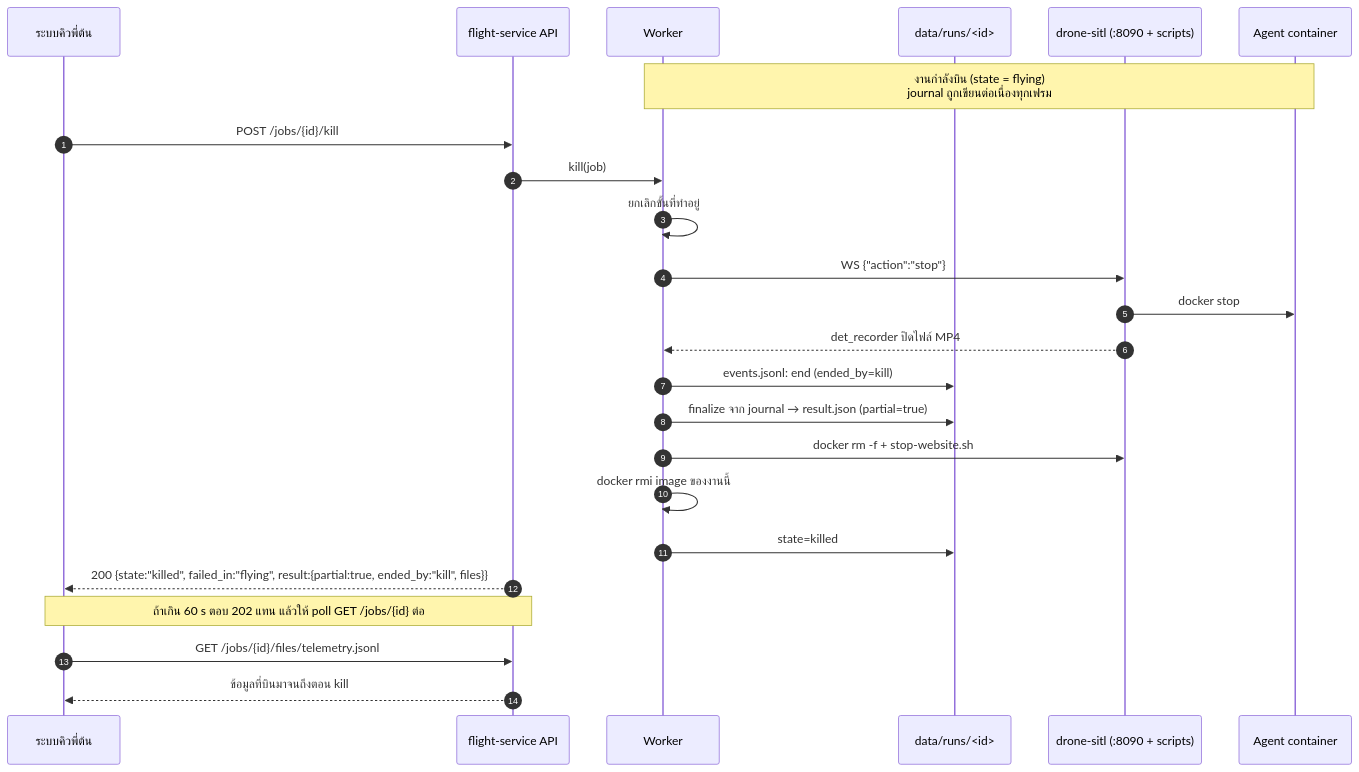
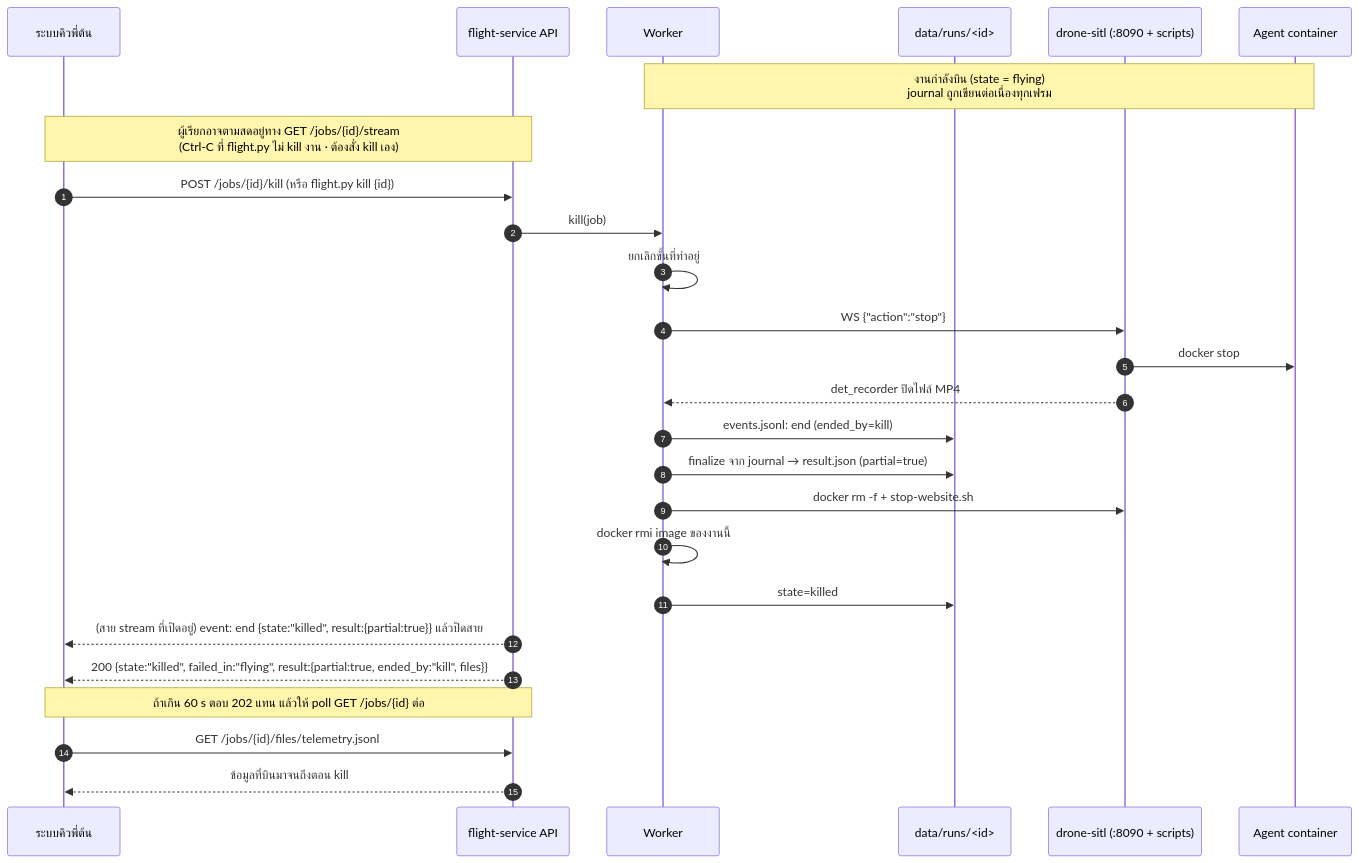
Before and after one commit to PerkiePai/flight-service: the diagram in docs/diagrams/03-kill.mmd, drawn with Mermaid. The commit also changed 52 other files, not shown here.

```diff
--- a/docs/diagrams/03-kill.mmd
+++ b/docs/diagrams/03-kill.mmd
@@ -1,25 +1,27 @@
 sequenceDiagram
     autonumber
     participant PT as ระบบคิวพี่ต้น
     participant API as flight-service API
     participant W as Worker
     participant FS as data/runs/<id>
     participant DS as drone-sitl (:8090 + scripts)
     participant AG as Agent container
 
     Note over W,AG: งานกำลังบิน (state = flying)<br/>journal ถูกเขียนต่อเนื่องทุกเฟรม
-    PT->>API: POST /jobs/{id}/kill
+    Note over PT,API: ผู้เรียกอาจตามสดอยู่ทาง GET /jobs/{id}/stream<br/>(Ctrl-C ที่ flight.py ไม่ kill งาน · ต้องสั่ง kill เอง)
+    PT->>API: POST /jobs/{id}/kill (หรือ flight.py kill {id})
     API->>W: kill(job)
     W->>W: ยกเลิกขั้นที่ทำอยู่
     W->>DS: WS {"action":"stop"}
     DS->>AG: docker stop
     DS-->>W: det_recorder ปิดไฟล์ MP4
     W->>FS: events.jsonl: end (ended_by=kill)
     W->>FS: finalize จาก journal → result.json (partial=true)
     W->>DS: docker rm -f + stop-website.sh
     W->>W: docker rmi image ของงานนี้
     W->>FS: state=killed
+    API-->>PT: (สาย stream ที่เปิดอยู่) event: end {state:"killed", result:{partial:true}} แล้วปิดสาย
     API-->>PT: 200 {state:"killed", failed_in:"flying", result:{partial:true, ended_by:"kill", files}}
     Note over PT,API: ถ้าเกิน 60 s ตอบ 202 แทน แล้วให้ poll GET /jobs/{id} ต่อ
     PT->>API: GET /jobs/{id}/files/telemetry.jsonl
     API-->>PT: ข้อมูลที่บินมาจนถึงตอน kill
```
